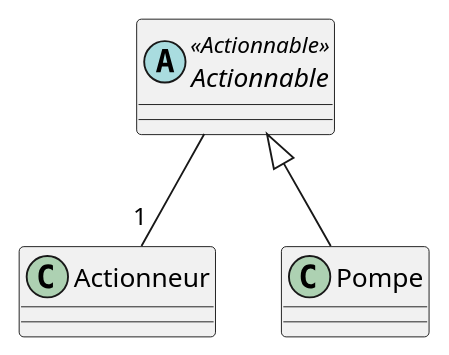
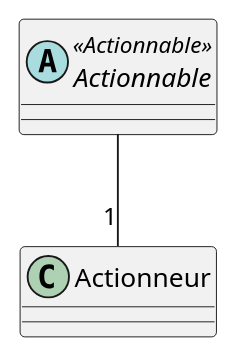
The diagram in actionnable.iuml (beerfactory/brewbox-uml), drawn with PlantUML before and after one commit. The commit also changed 2 other files, not shown here.

```diff
--- a/actionnable.iuml
+++ b/actionnable.iuml
@@ -1,6 +1,5 @@
 abstract class Actionnable <<Actionnable>> {
 	
 }
 
 Actionnable -- "1" Actionneur
-Actionnable <|-- Pompe
```
